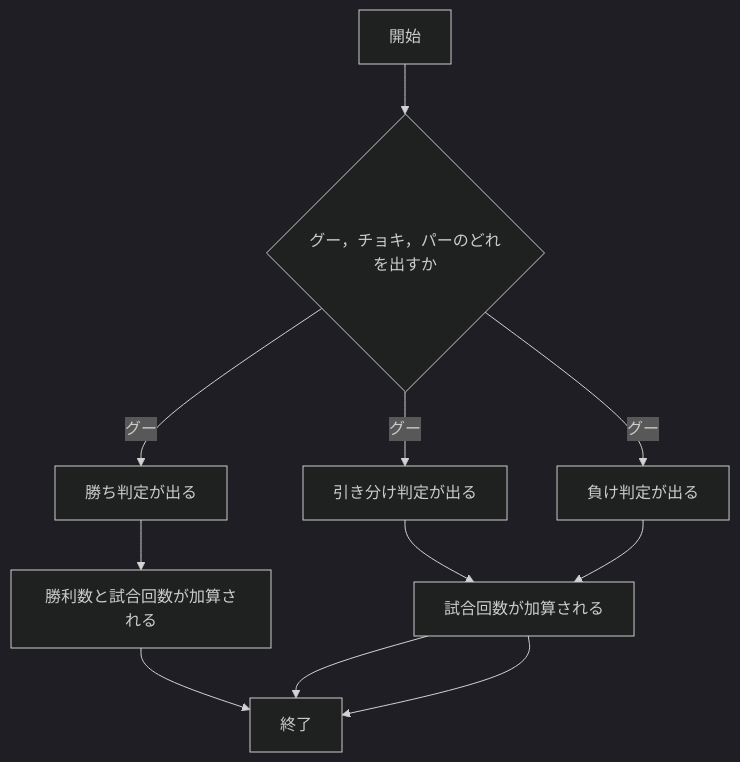
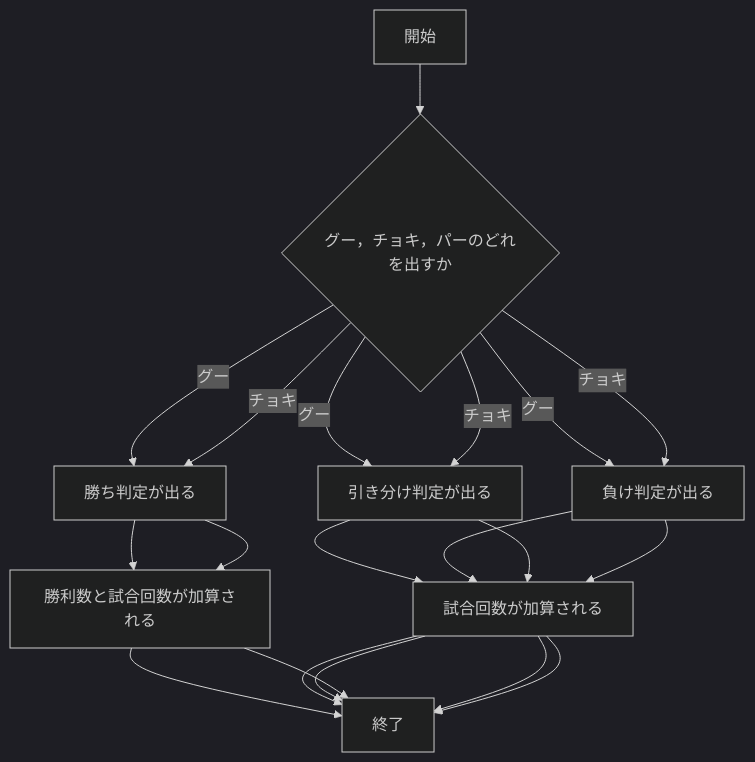
The seventh of 7 diagrams in README.md (km919/webpro_06), drawn with Mermaid (dark theme) before and after one commit.

Commit message:
11/18の03:11に編集済

````diff
--- a/README.md
+++ b/README.md
@@ -266,13 +266,20 @@
 ```mermaid
 flowchart TD;
 start["開始"];
 end1["終了"]
 if{"グー，チョキ，パーのどれを出すか"}
 start --> if
 if --> |グー|　勝ち判定が出る
 勝ち判定が出る --> 勝利数と試合回数が加算される --> end1
 if --> |グー| 引き分け判定が出る
 引き分け判定が出る　--> 試合回数が加算される --> end1
 if --> |グー| 負け判定が出る
 負け判定が出る --> 試合回数が加算される --> end1
+
+if --> |チョキ|　勝ち判定が出る
+勝ち判定が出る --> 勝利数と試合回数が加算される --> end1
+if --> |チョキ| 引き分け判定が出る
+引き分け判定が出る　--> 試合回数が加算される --> end1
+if --> |チョキ| 負け判定が出る
+負け判定が出る --> 試合回数が加算される --> end1
 ```
````
